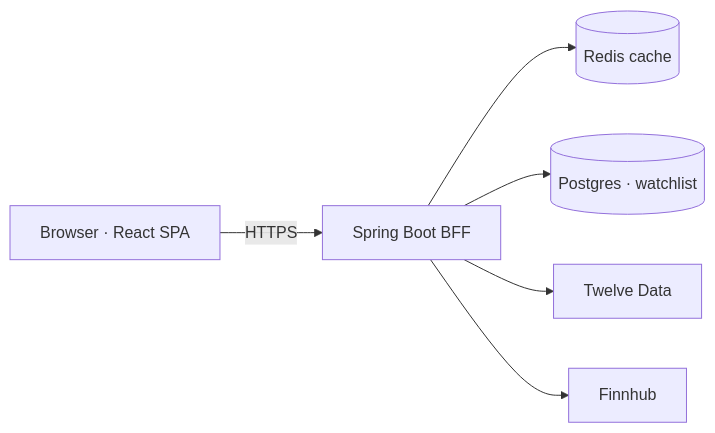
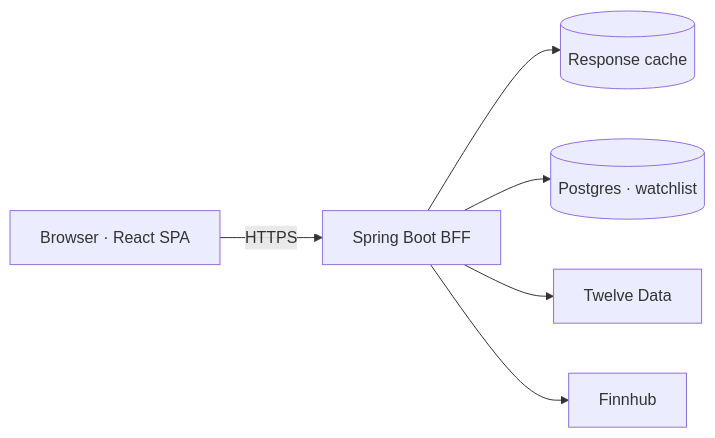
One commit to gitkaarma/tickr changed the diagram in README.md. Above: the diagram before and after it, drawn with Mermaid. The commit also changed other lines of this file, not shown here.

Commit message:
Add live demo URL; reflect in-memory cache in docs

````diff
--- a/README.md
+++ b/README.md
@@ -41,8 +42,8 @@
 ```mermaid
 flowchart LR
   B[Browser · React SPA] -->|HTTPS| API[Spring Boot BFF]
-  API --> R[(Redis cache)]
+  API --> R[(Response cache)]
   API --> P[(Postgres · watchlist)]
   API --> TD[Twelve Data]
   API --> FH[Finnhub]
 ```
````
